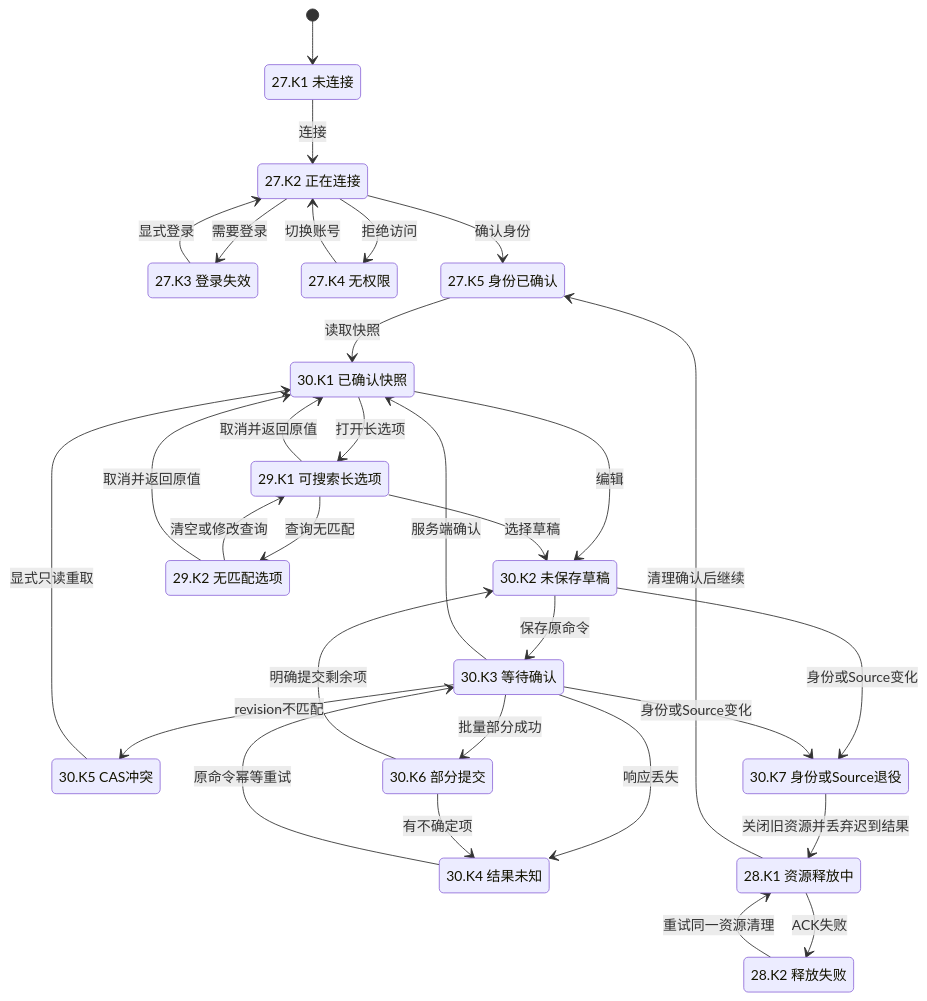
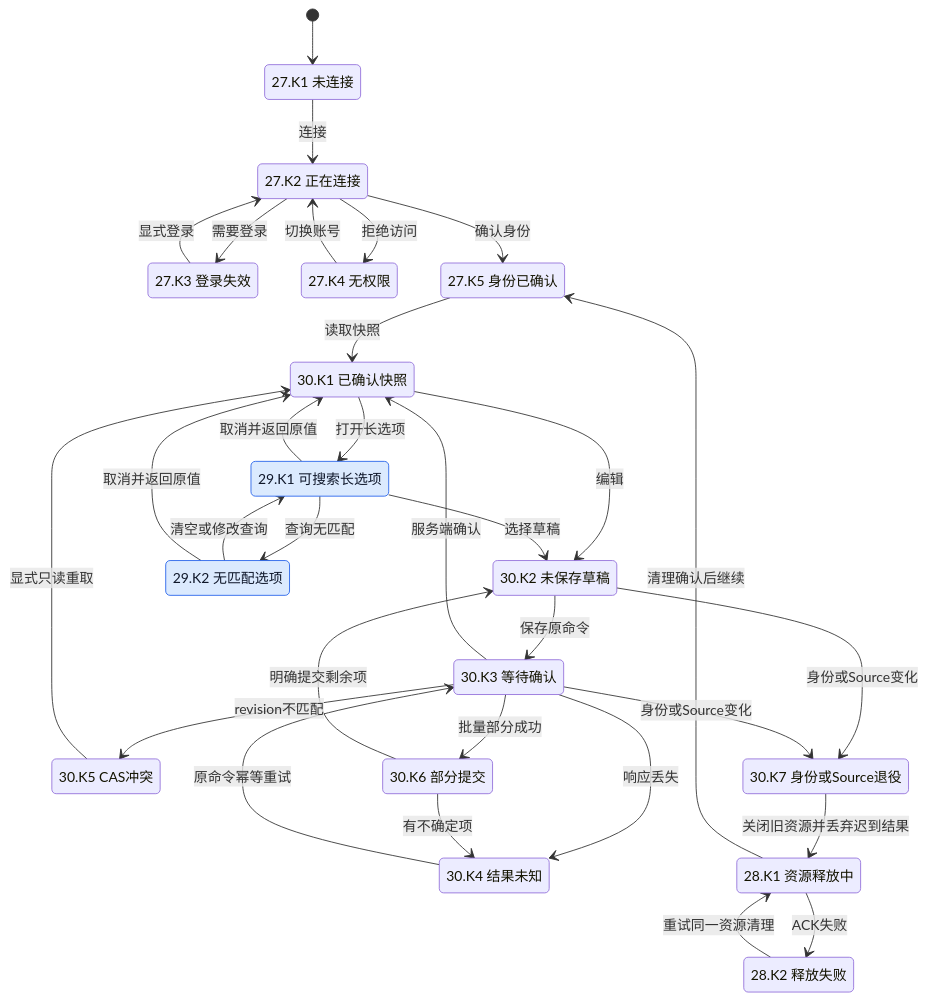
Before and after one commit to Wybxc/karuyomi: the seventh of 17 diagrams in docs/verification/mihon-state-coverage.md, drawn with Mermaid. The commit also changed other lines of this file and 4 other files, not shown here.

````diff
--- a/docs/verification/mihon-state-coverage.md
+++ b/docs/verification/mihon-state-coverage.md
@@ -806,49 +806,51 @@
 ```mermaid
 stateDiagram-v2
     [*] --> K0
     state "27.K1 未连接" as K0
     state "27.K2 正在连接" as K1
     state "27.K3 登录失效" as K2
     state "27.K4 无权限" as K3
     state "27.K5 身份已确认" as K4
     state "30.K1 已确认快照" as K5
     state "30.K2 未保存草稿" as K6
     state "30.K3 等待确认" as K7
     state "30.K4 结果未知" as K8
     state "30.K5 CAS冲突" as K9
     state "30.K6 部分提交" as K10
     state "30.K7 身份或Source退役" as K11
     state "28.K1 资源释放中" as K12
     state "28.K2 释放失败" as K13
     state "29.K1 可搜索长选项" as Q0
     state "29.K2 无匹配选项" as Q1
     K0 --> K1: 连接
     K1 --> K2: 需要登录
     K1 --> K3: 拒绝访问
     K1 --> K4: 确认身份
     K2 --> K1: 显式登录
     K3 --> K1: 切换账号
     K4 --> K5: 读取快照
     K5 --> K6: 编辑
     K6 --> K7: 保存原命令
     K7 --> K5: 服务端确认
     K7 --> K8: 响应丢失
     K8 --> K7: 原命令幂等重试
     K7 --> K9: revision不匹配
     K9 --> K5: 显式只读重取
     K7 --> K10: 批量部分成功
     K10 --> K8: 有不确定项
     K10 --> K6: 明确提交剩余项
     K6 --> K11: 身份或Source变化
     K7 --> K11: 身份或Source变化
     K11 --> K12: 关闭旧资源并丢弃迟到结果
     K12 --> K13: ACK失败
     K13 --> K12: 重试同一资源清理
     K12 --> K4: 清理确认后继续
     K5 --> Q0: 打开长选项
     Q0 --> Q1: 查询无匹配
     Q1 --> Q0: 清空或修改查询
     Q0 --> K6: 选择草稿
     Q0 --> K5: 取消并返回原值
     Q1 --> K5: 取消并返回原值
+    classDef paired fill:#dbeafe,stroke:#2563eb,color:#0f172a
+    class Q0,Q1 paired
 ```
````
